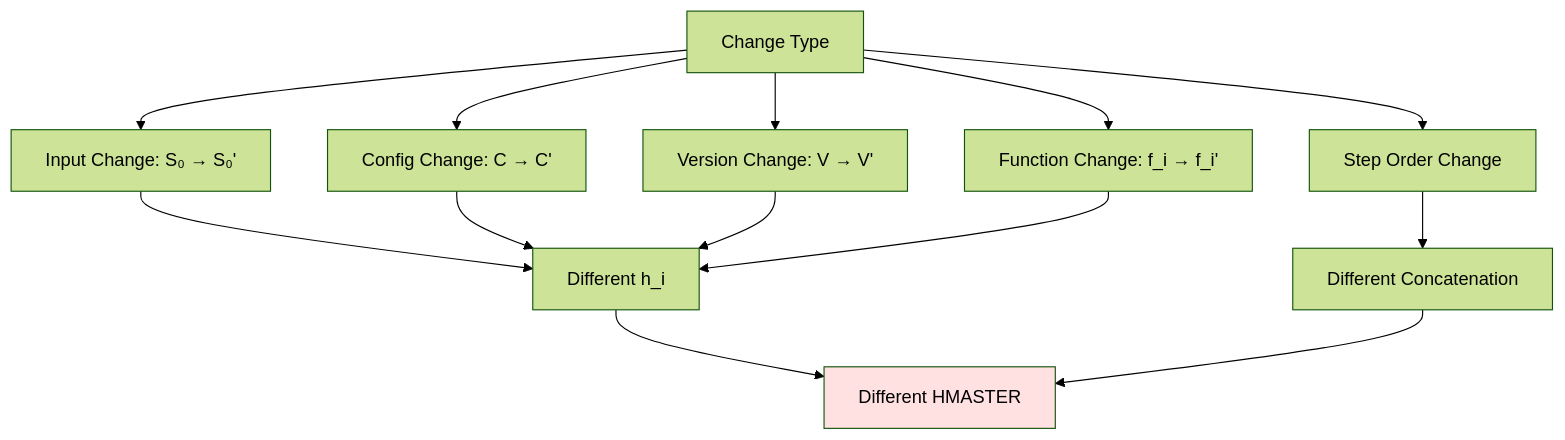
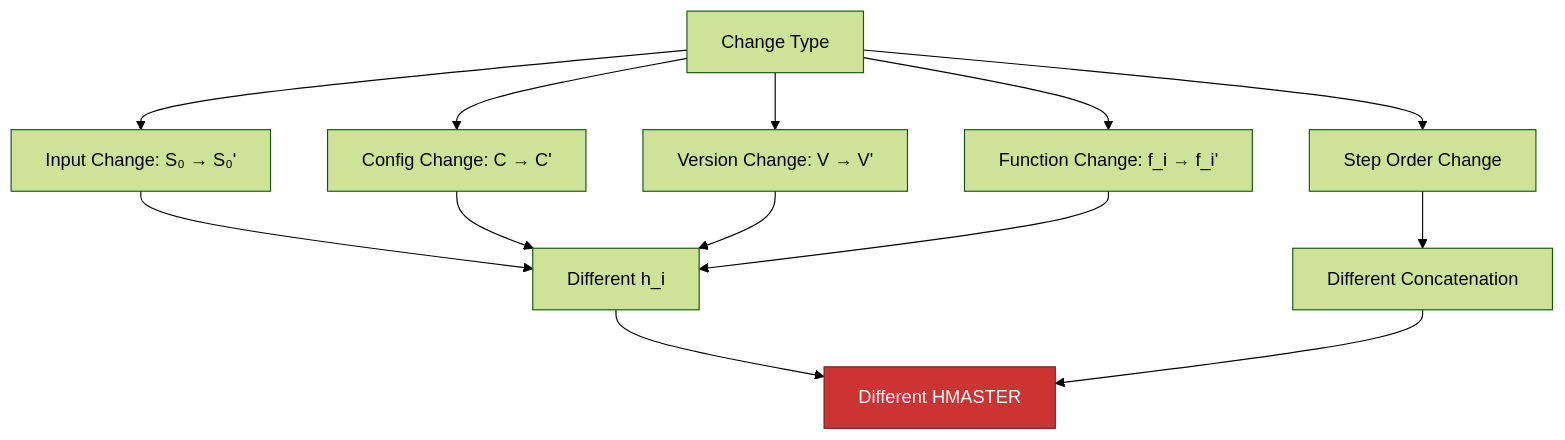
Before and after one commit to kushagrab21/BOR-SDK: the eighth of 10 diagrams in docs/BoR_Execution_Trace_Report.md, drawn with Mermaid (forest theme). The commit also changed other lines of this file, not shown here.

Commit message:
Fix Mermaid diagram colors: darker fills with white text for better visibility

````diff
--- a/docs/BoR_Execution_Trace_Report.md
+++ b/docs/BoR_Execution_Trace_Report.md
@@ -958,19 +958,19 @@
 ```mermaid
 graph TD
     CHANGE[Change Type] --> INPUT[Input Change: S₀ → S₀']
     CHANGE --> CONFIG[Config Change: C → C']
     CHANGE --> VERSION[Version Change: V → V']
     CHANGE --> FUNCTION[Function Change: f_i → f_i']
     CHANGE --> ORDER[Step Order Change]
     
     INPUT --> DIFF_H[Different h_i]
     CONFIG --> DIFF_H
     VERSION --> DIFF_H
     FUNCTION --> DIFF_H
     ORDER --> DIFF_CONCAT[Different Concatenation]
     
     DIFF_H --> DIFF_MASTER[Different HMASTER]
     DIFF_CONCAT --> DIFF_MASTER
     
-    style DIFF_MASTER fill:#ffe1e1
+    style DIFF_MASTER fill:#cc3333,stroke:#801f1f,color:#fff
 ```
````
